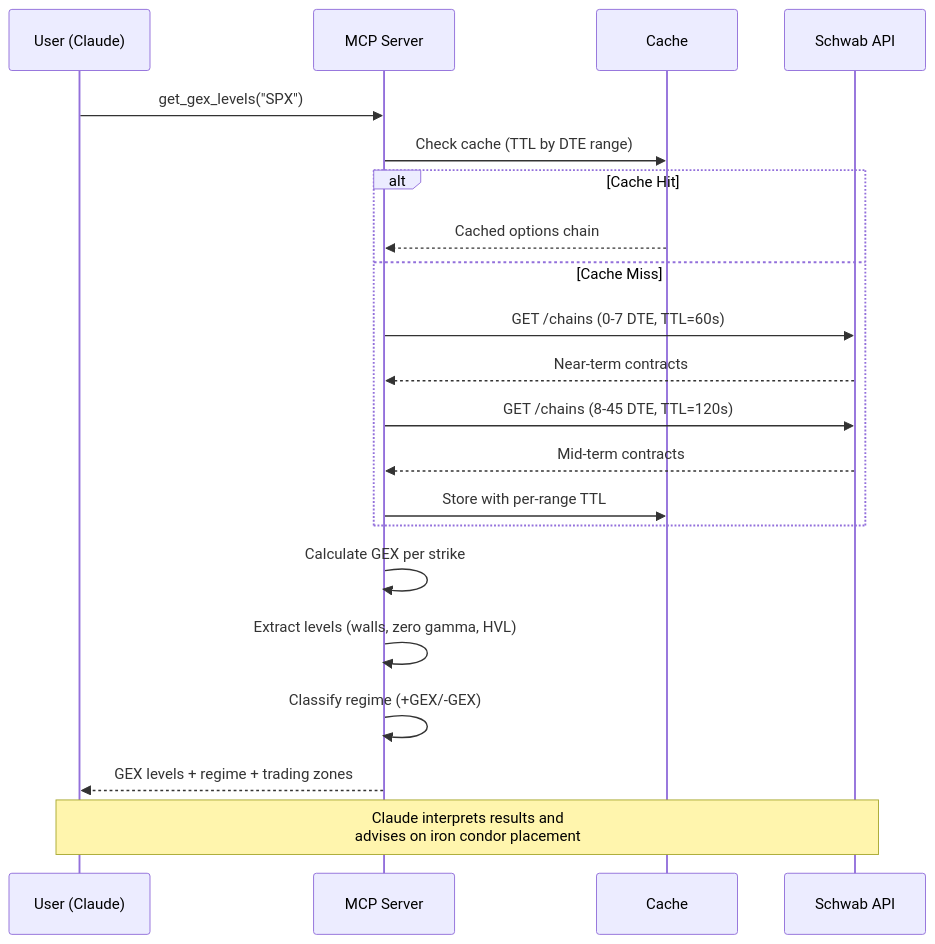
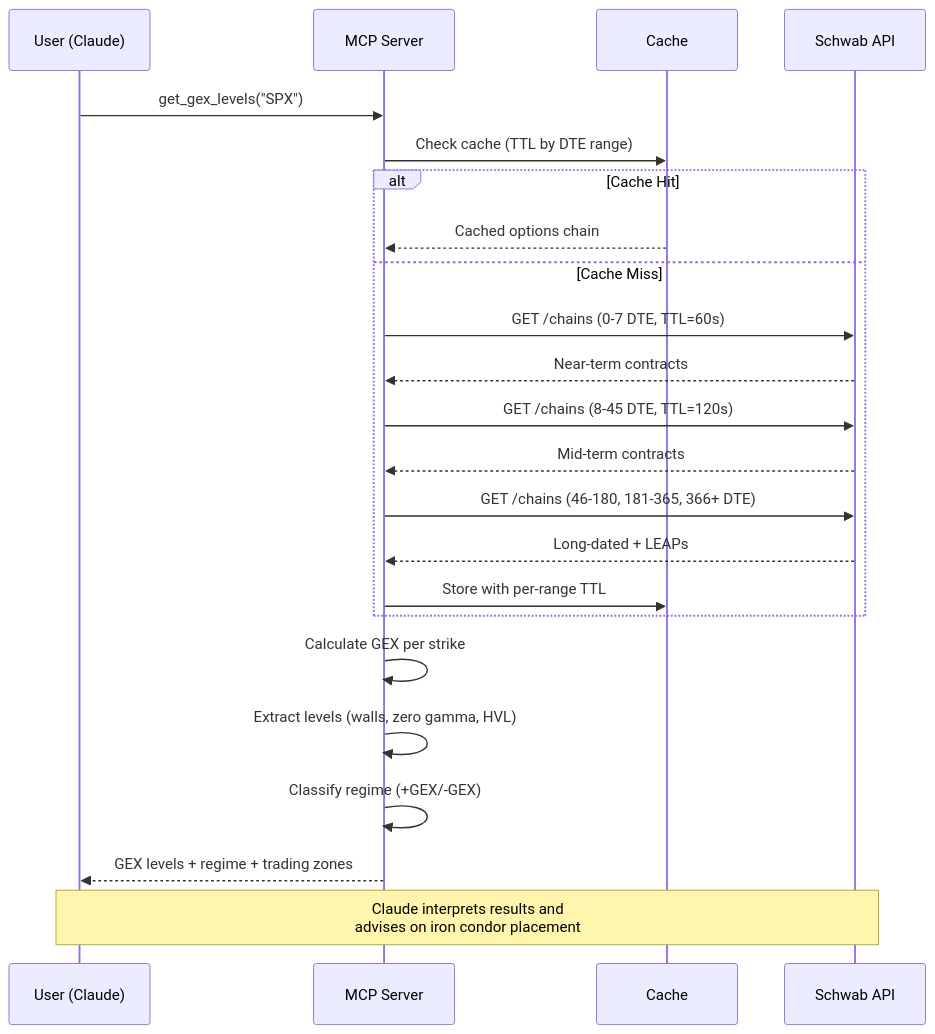
The second of 8 diagrams in docs/ARCHITECTURE.md (nsnguyen/thinkorswim_local_mcp), drawn with Mermaid before and after one commit. The commit also changed other lines of this file and 1 other file, not shown here.

First line of the commit message:
Remove artificial DTE cap — fetch all available expirations

````diff
--- a/docs/ARCHITECTURE.md
+++ b/docs/ARCHITECTURE.md
@@ -173,25 +173,27 @@
 ```mermaid
 sequenceDiagram
     participant U as User (Claude)
     participant M as MCP Server
     participant C as Cache
     participant S as Schwab API
 
     U->>M: get_gex_levels("SPX")
     M->>C: Check cache (TTL by DTE range)
     alt Cache Hit
         C-->>M: Cached options chain
     else Cache Miss
         M->>S: GET /chains (0-7 DTE, TTL=60s)
         S-->>M: Near-term contracts
         M->>S: GET /chains (8-45 DTE, TTL=120s)
         S-->>M: Mid-term contracts
+        M->>S: GET /chains (46-180, 181-365, 366+ DTE)
+        S-->>M: Long-dated + LEAPs
         M->>C: Store with per-range TTL
     end
     M->>M: Calculate GEX per strike
     M->>M: Extract levels (walls, zero gamma, HVL)
     M->>M: Classify regime (+GEX/-GEX)
     M-->>U: GEX levels + regime + trading zones
 
     Note over U,S: Claude interprets results and<br/>advises on iron condor placement
 ```
````
